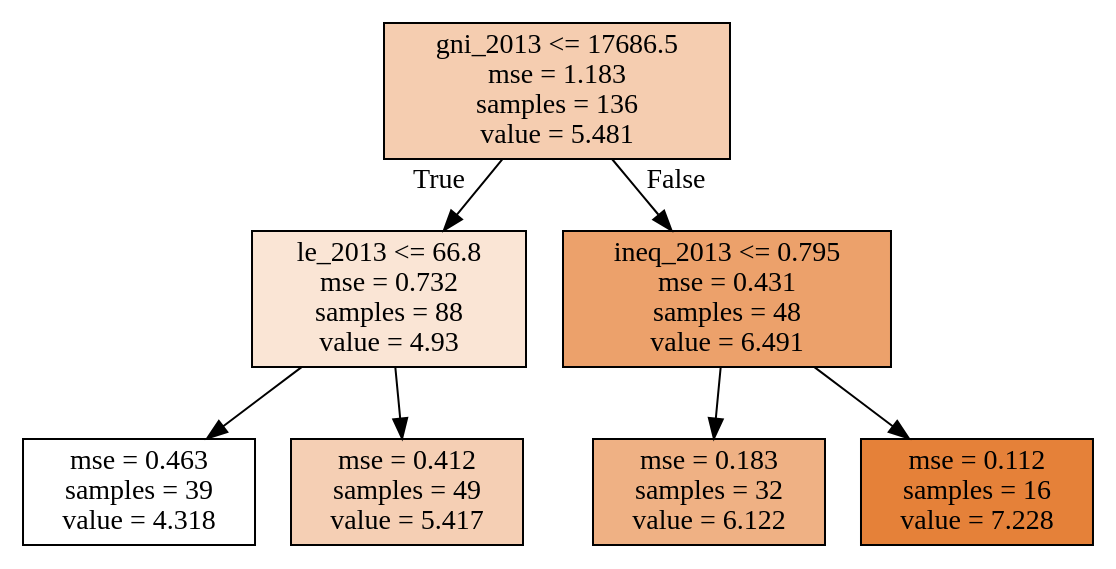
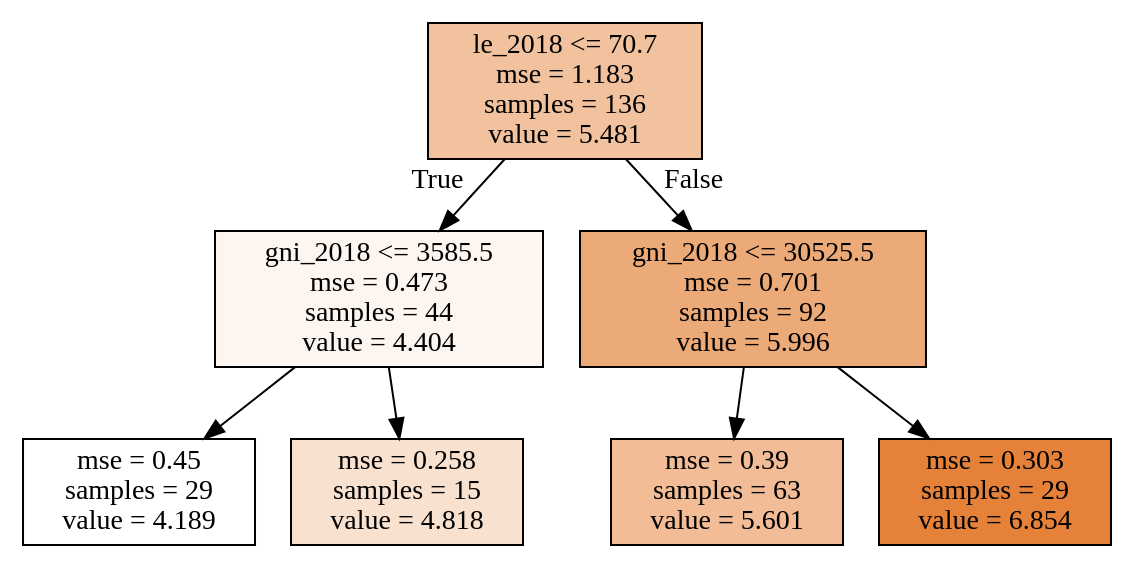
The diagram in tree.dot (cxcollins/OMIS114_final), drawn with Graphviz before and after one commit. The commit also changed 2 other files, not shown here.

```diff
--- a/tree.dot
+++ b/tree.dot
@@ -1,16 +1,16 @@
 digraph Tree {
 node [shape=box, style="filled", color="black"] ;
-0 [label="gni_2013 <= 17686.5\nmse = 1.183\nsamples = 136\nvalue = 5.481", fillcolor="#f5cdb0"] ;
-1 [label="le_2013 <= 66.8\nmse = 0.732\nsamples = 88\nvalue = 4.93", fillcolor="#fae5d5"] ;
+0 [label="le_2018 <= 70.7\nmse = 1.183\nsamples = 136\nvalue = 5.481", fillcolor="#f2c29f"] ;
+1 [label="gni_2018 <= 3585.5\nmse = 0.473\nsamples = 44\nvalue = 4.404", fillcolor="#fdf5ef"] ;
 0 -> 1 [labeldistance=2.5, labelangle=45, headlabel="True"] ;
-2 [label="mse = 0.463\nsamples = 39\nvalue = 4.318", fillcolor="#ffffff"] ;
+2 [label="mse = 0.45\nsamples = 29\nvalue = 4.189", fillcolor="#ffffff"] ;
 1 -> 2 ;
-3 [label="mse = 0.412\nsamples = 49\nvalue = 5.417", fillcolor="#f5cfb4"] ;
+3 [label="mse = 0.258\nsamples = 15\nvalue = 4.818", fillcolor="#f9e1d0"] ;
 1 -> 3 ;
-4 [label="ineq_2013 <= 0.795\nmse = 0.431\nsamples = 48\nvalue = 6.491", fillcolor="#eca16b"] ;
+4 [label="gni_2018 <= 30525.5\nmse = 0.701\nsamples = 92\nvalue = 5.996", fillcolor="#edaa79"] ;
 0 -> 4 [labeldistance=2.5, labelangle=-45, headlabel="False"] ;
-5 [label="mse = 0.183\nsamples = 32\nvalue = 6.122", fillcolor="#efb184"] ;
+5 [label="mse = 0.39\nsamples = 63\nvalue = 5.601", fillcolor="#f1bc96"] ;
 4 -> 5 ;
-6 [label="mse = 0.112\nsamples = 16\nvalue = 7.228", fillcolor="#e58139"] ;
+6 [label="mse = 0.303\nsamples = 29\nvalue = 6.854", fillcolor="#e58139"] ;
 4 -> 6 ;
 }
```
